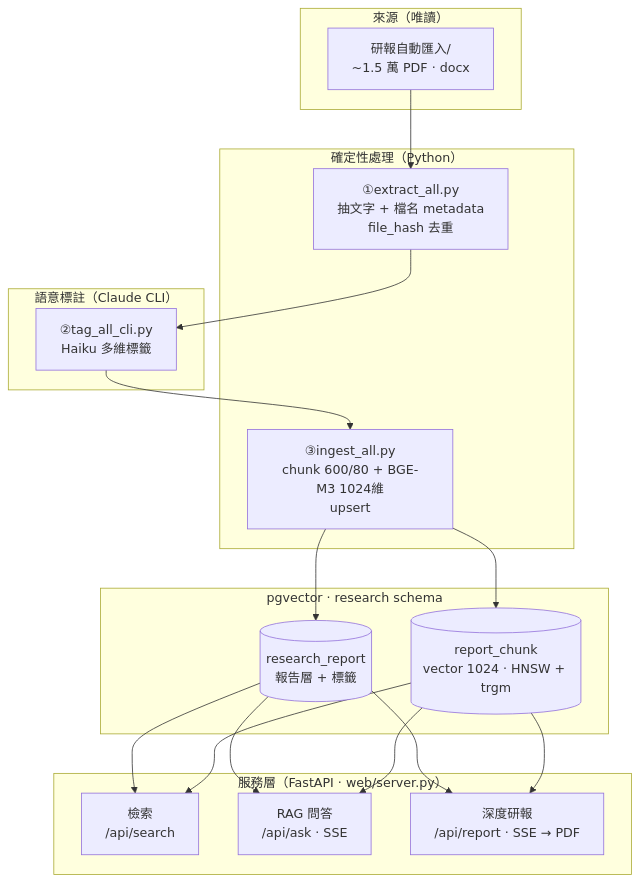
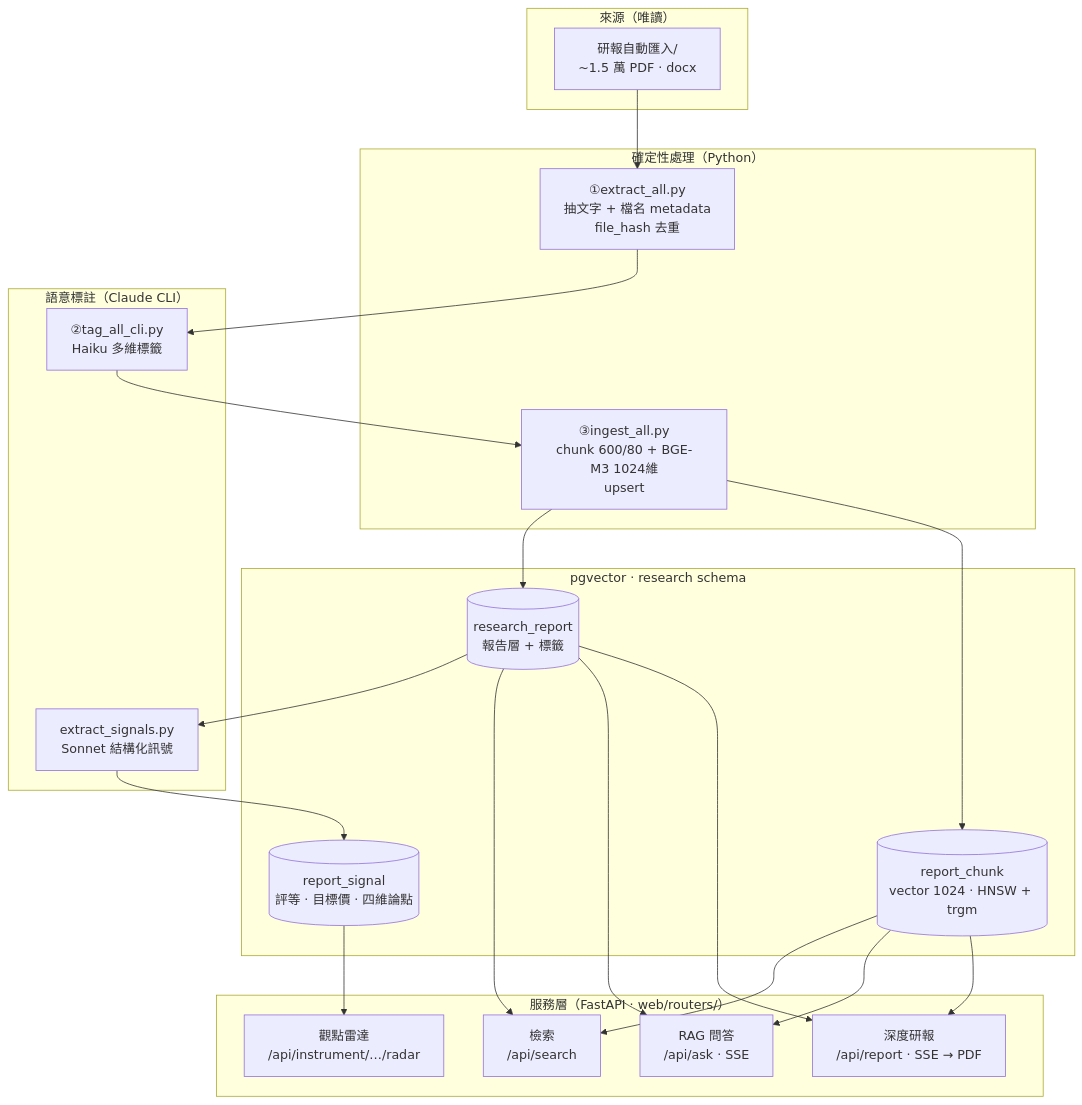
One commit to FPI-TW/report-research changed the first of 2 diagrams in README.md. Above: the diagram before and after it, drawn with Mermaid. The commit also changed other lines of this file and 7 other files, not shown here.

````diff
--- a/README.md
+++ b/README.md
@@ -68,31 +69,36 @@
 ```mermaid
 flowchart TB
     subgraph SRC["來源（唯讀）"]
         A["研報自動匯入/<br/>~1.5 萬 PDF · docx"]
     end
     subgraph PY["確定性處理（Python）"]
         B["①extract_all.py<br/>抽文字 + 檔名 metadata<br/>file_hash 去重"]
         D["③ingest_all.py<br/>chunk 600/80 + BGE-M3 1024維<br/>upsert"]
     end
     subgraph CL["語意標註（Claude CLI）"]
         C["②tag_all_cli.py<br/>Haiku 多維標籤"]
+        S["extract_signals.py<br/>Sonnet 結構化訊號"]
     end
     subgraph STORE["pgvector · research schema"]
         E[("research_report<br/>報告層 + 標籤")]
         F[("report_chunk<br/>vector 1024 · HNSW + trgm")]
+        T[("report_signal<br/>評等 · 目標價 · 四維論點")]
     end
-    subgraph SRV["服務層（FastAPI · web/server.py）"]
+    subgraph SRV["服務層（FastAPI · web/routers/）"]
         G["檢索<br/>/api/search"]
         H["RAG 問答<br/>/api/ask · SSE"]
         I["深度研報<br/>/api/report · SSE → PDF"]
+        J["觀點雷達<br/>/api/instrument/…/radar"]
     end
     A --> B --> C --> D
     D --> E
     D --> F
+    E --> S --> T
     E --> G
     F --> G
     E --> H
     F --> H
     E --> I
     F --> I
+    T --> J
 ```
````
